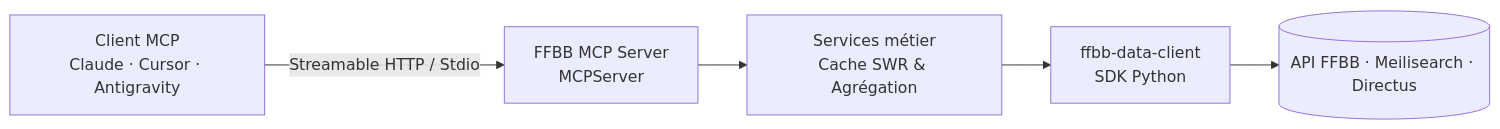
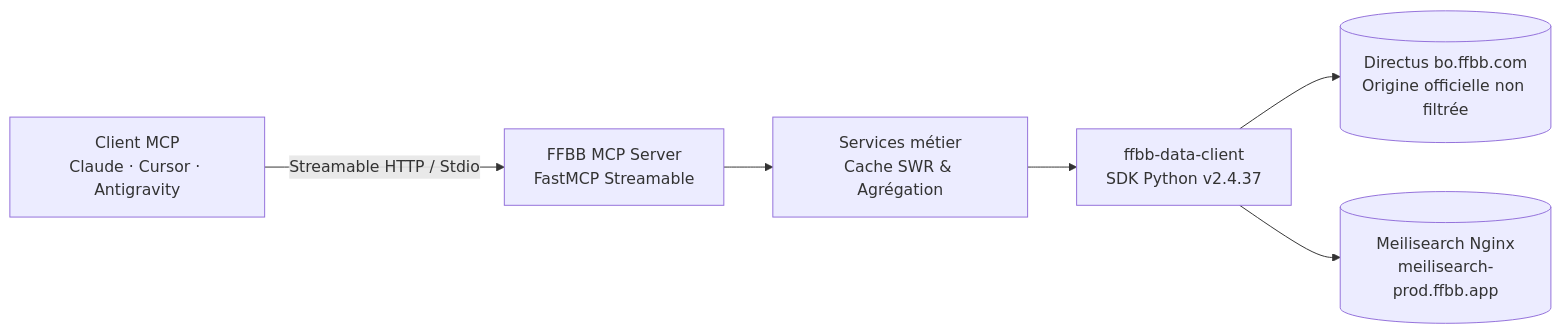
The diagram in README.md (nickdesi/FFBB-MCP-Server), drawn with Mermaid before and after one commit. The commit also changed other lines of this file and 3 other files, not shown here.

````diff
--- a/README.md
+++ b/README.md
@@ -163,7 +193,8 @@
 ```mermaid
 flowchart LR
-    A[Client MCP<br/>Claude · Cursor · Antigravity] -->|Streamable HTTP / Stdio| B[FFBB MCP Server<br/>MCPServer]
+    A[Client MCP<br/>Claude · Cursor · Antigravity] -->|Streamable HTTP / Stdio| B[FFBB MCP Server<br/>FastMCP Streamable]
     B --> C[Services métier<br/>Cache SWR & Agrégation]
-    C --> D[ffbb-data-client<br/>SDK Python]
-    D --> E[(API FFBB · Meilisearch · Directus)]
+    C --> D[ffbb-data-client<br/>SDK Python v2.4.37]
+    D --> E[(Directus bo.ffbb.com<br/>Origine officielle non filtrée)]
+    D --> F[(Meilisearch Nginx<br/>meilisearch-prod.ffbb.app)]
 ```
````
